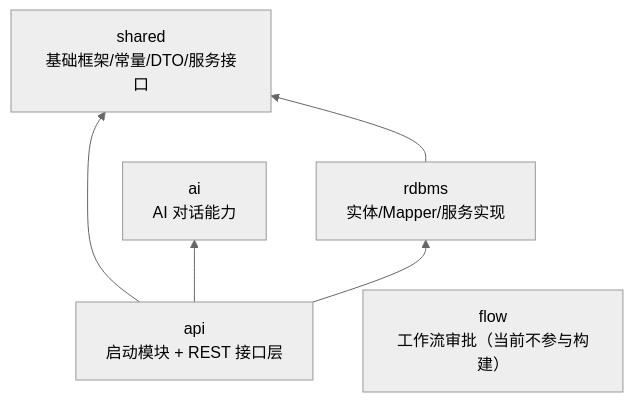
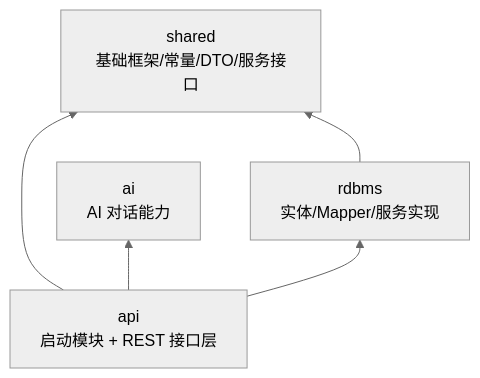
The first of 3 diagrams in docs/项目结构梳理.md (wisestar2026/wisestar), drawn with Mermaid (neutral theme) before and after one commit. The commit also changed other lines of this file and 93 other files, not shown here.

````diff
--- a/docs/项目结构梳理.md
+++ b/docs/项目结构梳理.md
@@ -31,8 +32,7 @@
 ```mermaid
 graph BT
     api["api<br/>启动模块 + REST 接口层"] --> shared["shared<br/>基础框架/常量/DTO/服务接口"]
     api --> rdbms["rdbms<br/>实体/Mapper/服务实现"]
     api --> ai["ai<br/>AI 对话能力"]
     rdbms --> shared
-    flow["flow<br/>工作流审批（当前不参与构建）"]
 ```
````
